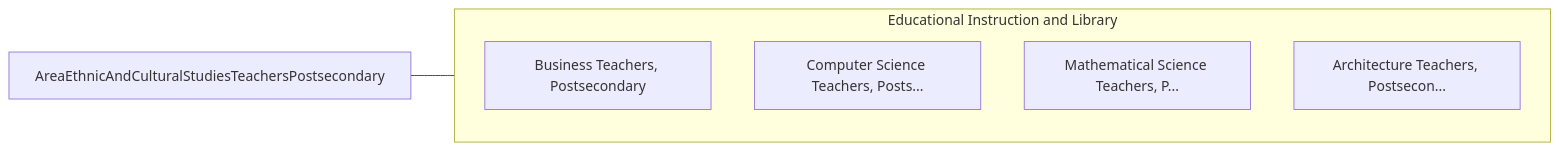
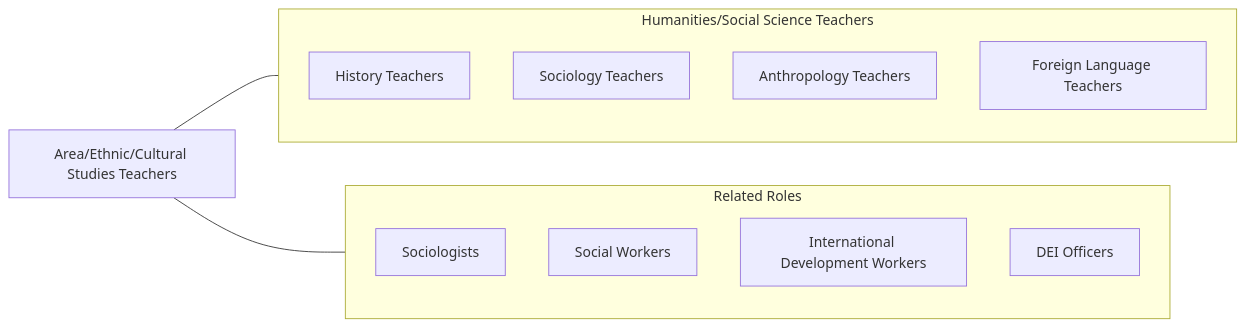
Before and after one commit to kziemski/business.org.ai: the fourth of 4 diagrams in occupations/Education/AreaEthnicAndCulturalStudiesTeachersPostsecondary.mdx, drawn with Mermaid. The commit also changed other lines of this file and 938 other files, not shown here.

````diff
--- a/occupations/Education/AreaEthnicAndCulturalStudiesTeachersPostsecondary.mdx
+++ b/occupations/Education/AreaEthnicAndCulturalStudiesTeachersPostsecondary.mdx
@@ -96,13 +169,21 @@
 ```mermaid
 graph LR
-    Current["AreaEthnicAndCulturalStudiesTeachersPostsecondary"]
+    Current["Area/Ethnic/Cultural Studies Teachers"]
 
-    subgraph SameCategory["Educational Instruction and Library"]
-        BusinessTeachersPost["Business Teachers, Postsecondary"]
-        ComputerScienceTeach["Computer Science Teachers, Posts..."]
-        MathematicalScienceT["Mathematical Science Teachers, P..."]
-        ArchitectureTeachers["Architecture Teachers, Postsecon..."]
+    subgraph SameCategory["Humanities/Social Science Teachers"]
+        History["History Teachers"]
+        Sociology["Sociology Teachers"]
+        Anthropology["Anthropology Teachers"]
+        ForeignLang["Foreign Language Teachers"]
+    end
+
+    subgraph CrossFunctional["Related Roles"]
+        Sociologists["Sociologists"]
+        SocialWorkers["Social Workers"]
+        IntlDev["International Development Workers"]
+        DEIOfficers["DEI Officers"]
     end
 
     Current --- SameCategory
+    Current --- CrossFunctional
 ```
````
